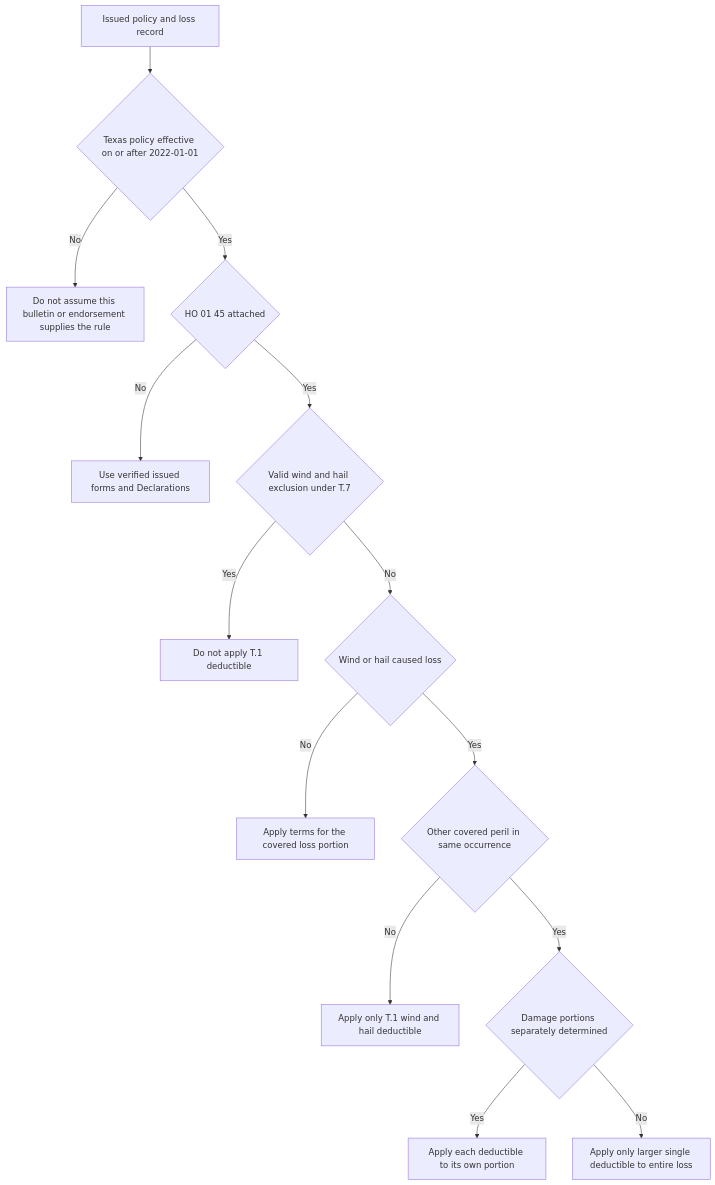
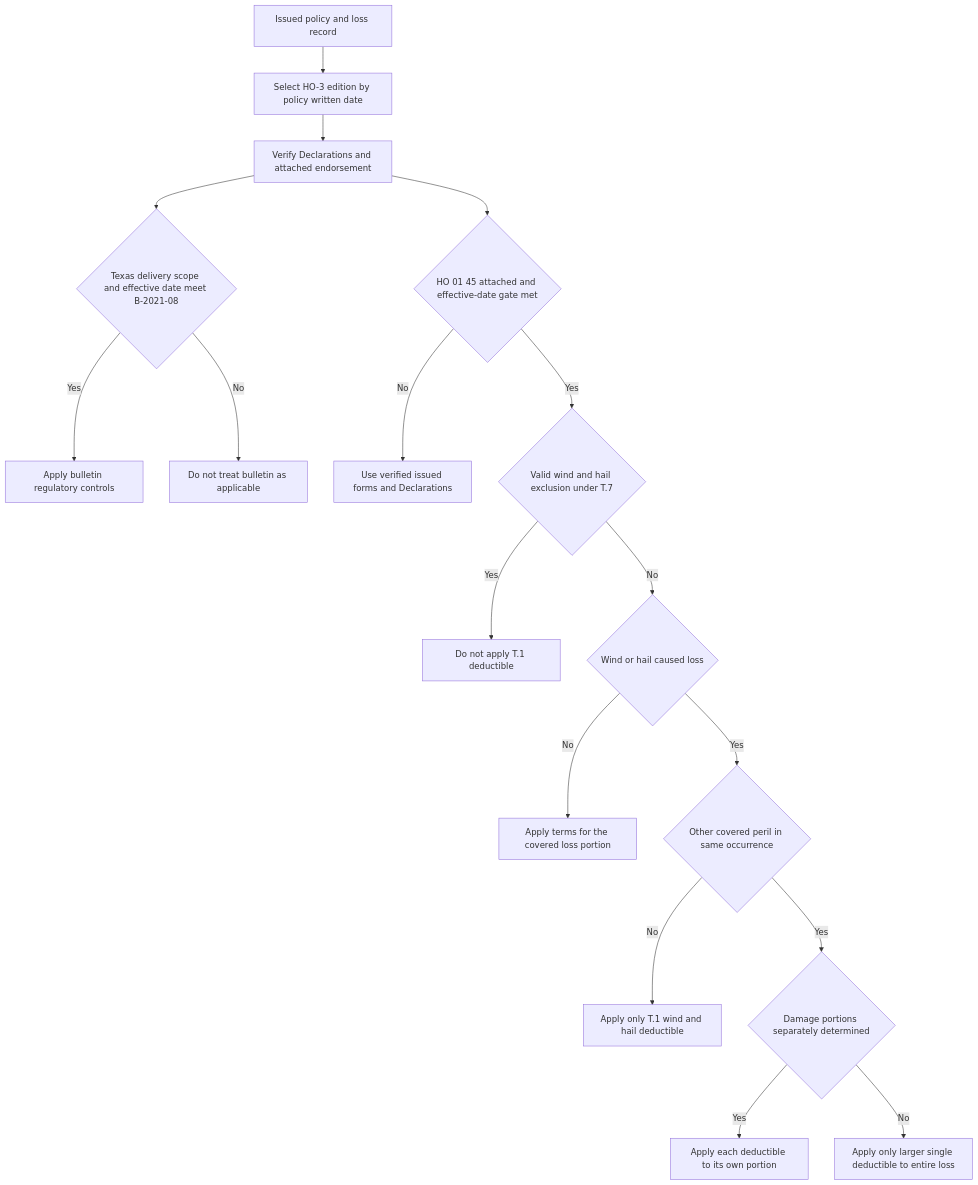
Before and after one commit to eugeneliu-86/openwiki-insurance-corpus: the diagram in openwiki/state-overlays/texas.md, drawn with Mermaid. The commit also changed other lines of this file and 41 other files, not shown here.

````diff
--- a/openwiki/state-overlays/texas.md
+++ b/openwiki/state-overlays/texas.md
@@ -45,16 +46,19 @@
 ```mermaid
 flowchart TD
-    Record["Issued policy and loss record"] --> DateGate{"Texas policy effective on or after 2022-01-01"}
-    DateGate -- No --> Prior["Do not assume this bulletin or endorsement supplies the rule"]
-    DateGate -- Yes --> Attached{"HO 01 45 attached"}
+    Record["Issued policy and loss record"] --> Written["Select HO-3 edition by policy written date"]
+    Written --> Assembly["Verify Declarations and attached endorsement"]
+    Assembly --> Bulletin{"Texas delivery scope and effective date meet B-2021-08"}
+    Bulletin -- Yes --> Regulatory["Apply bulletin regulatory controls"]
+    Bulletin -- No --> NoBulletin["Do not treat bulletin as applicable"]
+    Assembly --> Attached{"HO 01 45 attached and effective-date gate met"}
     Attached -- No --> Base["Use verified issued forms and Declarations"]
     Attached -- Yes --> Excluded{"Valid wind and hail exclusion under T.7"}
     Excluded -- Yes --> NoT1["Do not apply T.1 deductible"]
     Excluded -- No --> Cause{"Wind or hail caused loss"}
     Cause -- No --> Other["Apply terms for the covered loss portion"]
     Cause -- Yes --> Mixed{"Other covered peril in same occurrence"}
     Mixed -- No --> Wind["Apply only T.1 wind and hail deductible"]
     Mixed -- Yes --> Allocated{"Damage portions separately determined"}
     Allocated -- Yes --> Split["Apply each deductible to its own portion"]
     Allocated -- No --> Larger["Apply only larger single deductible to entire loss"]
 ```
````
